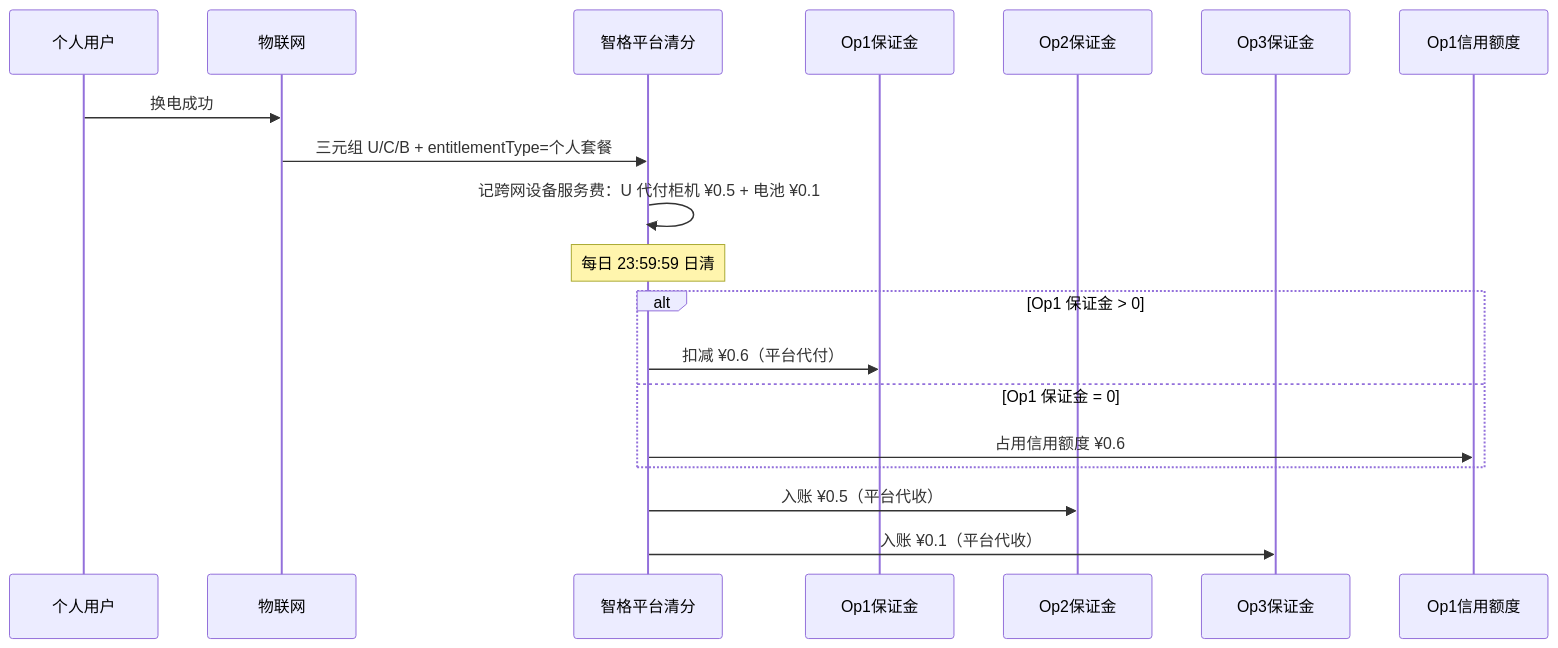
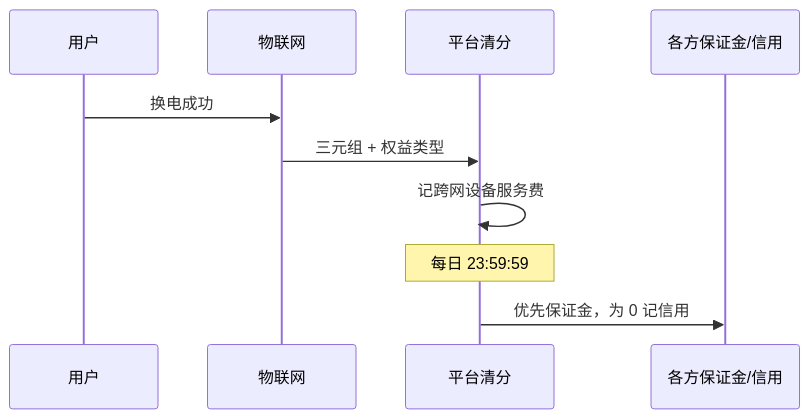
The diagram in docs/documentation/md/换电场景与运营商结算.md (liudali/rider-swap-operator-prototype), drawn with Mermaid before and after one commit. The commit also changed other lines of this file and 102 other files, not shown here.

````diff
--- a/docs/documentation/md/换电场景与运营商结算.md
+++ b/docs/documentation/md/换电场景与运营商结算.md
@@ -166,22 +109,13 @@
 ```mermaid
 sequenceDiagram
-  participant Rider as 个人用户
+  participant Rider as 用户
   participant IoT as 物联网
-  participant Plat as 智格平台清分
-  participant D1 as Op1保证金
-  participant D2 as Op2保证金
-  participant D3 as Op3保证金
-  participant Cr1 as Op1信用额度
+  participant Plat as 平台清分
+  participant D as 各方保证金/信用
 
   Rider->>IoT: 换电成功
-  IoT->>Plat: 三元组 U/C/B + entitlementType=个人套餐
-  Plat->>Plat: 记跨网设备服务费：U 代付柜机 ¥0.5 + 电池 ¥0.1
-  Note over Plat: 每日 23:59:59 日清
-  alt Op1 保证金 > 0
-    Plat->>D1: 扣减 ¥0.6（平台代付）
-  else Op1 保证金 = 0
-    Plat->>Cr1: 占用信用额度 ¥0.6
-  end
-  Plat->>D2: 入账 ¥0.5（平台代收）
-  Plat->>D3: 入账 ¥0.1（平台代收）
+  IoT->>Plat: 三元组 + 权益类型
+  Plat->>Plat: 记跨网设备服务费
+  Note over Plat: 每日 23:59:59
+  Plat->>D: 优先保证金，为 0 记信用
 ```
````
